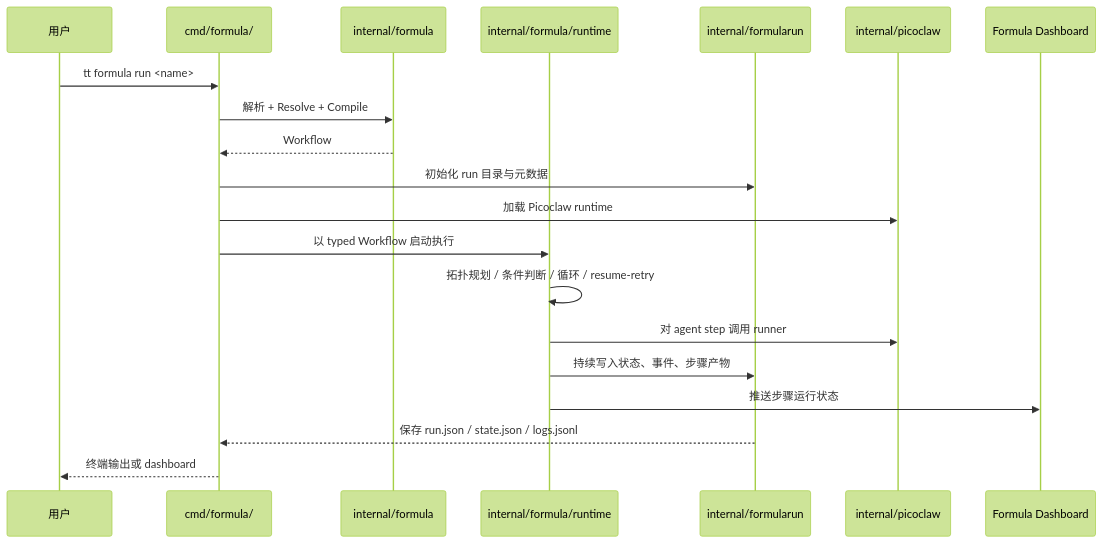
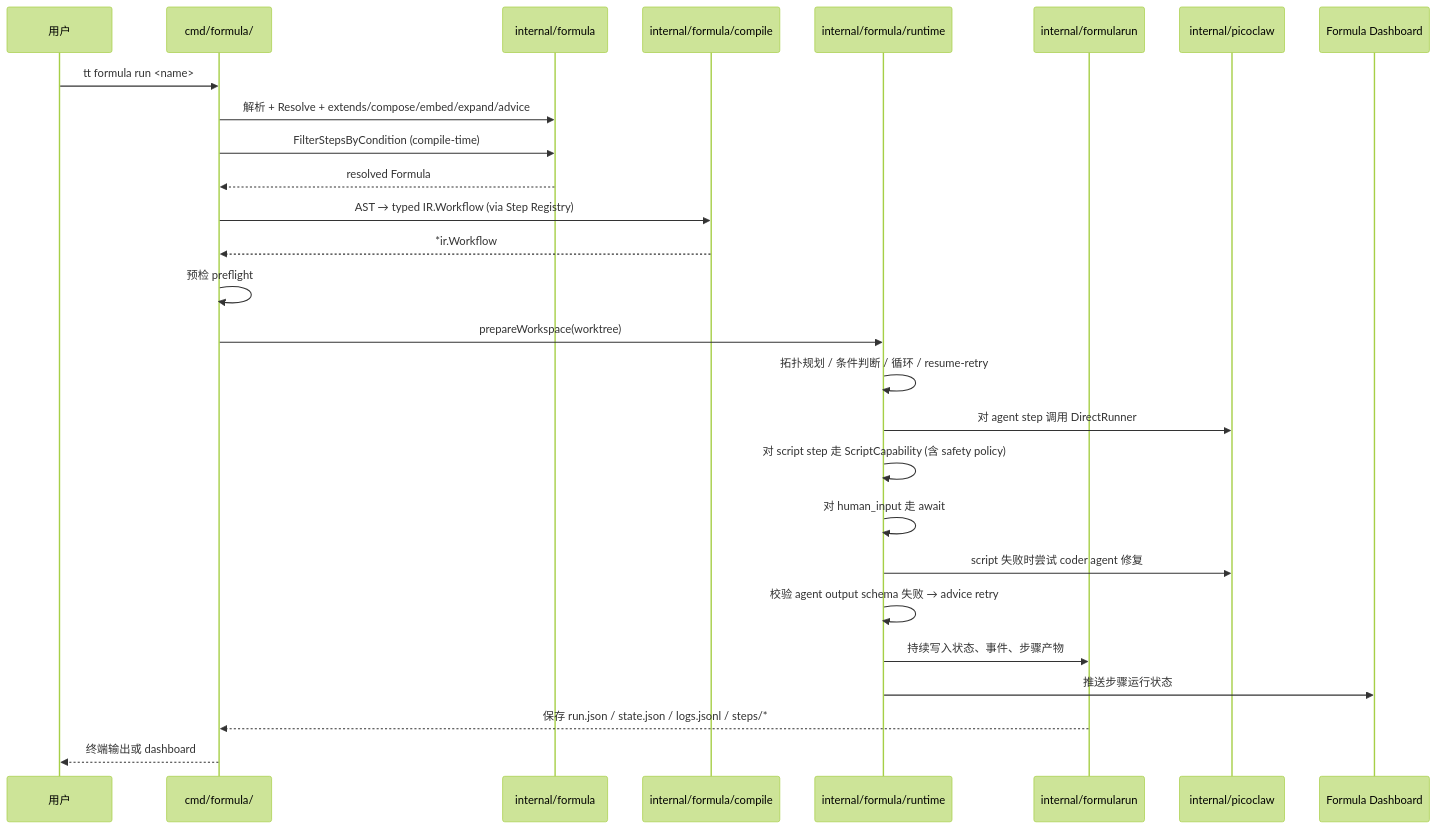
Before and after one commit to sjzsdu/tt: the fourth of 7 diagrams in ai-docs/architecture.md, drawn with Mermaid (forest theme). The commit also changed other lines of this file and 5 other files, not shown here.

Commit message:
docs(ai-docs): expand formula and agent architecture guides

````diff
--- a/ai-docs/architecture.md
+++ b/ai-docs/architecture.md
@@ -92,23 +94,30 @@
 ```mermaid
 sequenceDiagram
     participant User as 用户
     participant Cmd as cmd/formula/
     participant Parser as internal/formula
+    participant Compile as internal/formula/compile
     participant Exec as internal/formula/runtime
     participant Store as internal/formularun
     participant PC as internal/picoclaw
     participant Dash as Formula Dashboard
 
     User->>Cmd: tt formula run <name>
-    Cmd->>Parser: 解析 + Resolve + Compile
-    Parser-->>Cmd: Workflow
-    Cmd->>Store: 初始化 run 目录与元数据
-    Cmd->>PC: 加载 Picoclaw runtime
-    Cmd->>Exec: 以 typed Workflow 启动执行
+    Cmd->>Parser: 解析 + Resolve + extends/compose/embed/expand/advice
+    Cmd->>Parser: FilterStepsByCondition (compile-time)
+    Parser-->>Cmd: resolved Formula
+    Cmd->>Compile: AST → typed IR.Workflow (via Step Registry)
+    Compile-->>Cmd: *ir.Workflow
+    Cmd->>Cmd: 预检 preflight
+    Cmd->>Exec: prepareWorkspace(worktree)
     Exec->>Exec: 拓扑规划 / 条件判断 / 循环 / resume-retry
-    Exec->>PC: 对 agent step 调用 runner
+    Exec->>PC: 对 agent step 调用 DirectRunner
+    Exec->>Exec: 对 script step 走 ScriptCapability (含 safety policy)
+    Exec->>Exec: 对 human_input 走 await
+    Exec->>PC: script 失败时尝试 coder agent 修复
+    Exec->>Exec: 校验 agent output schema 失败 → advice retry
     Exec->>Store: 持续写入状态、事件、步骤产物
     Exec->>Dash: 推送步骤运行状态
-    Store-->>Cmd: 保存 run.json / state.json / logs.jsonl
+    Store-->>Cmd: 保存 run.json / state.json / logs.jsonl / steps/*
     Cmd-->>User: 终端输出或 dashboard
 ```
````
